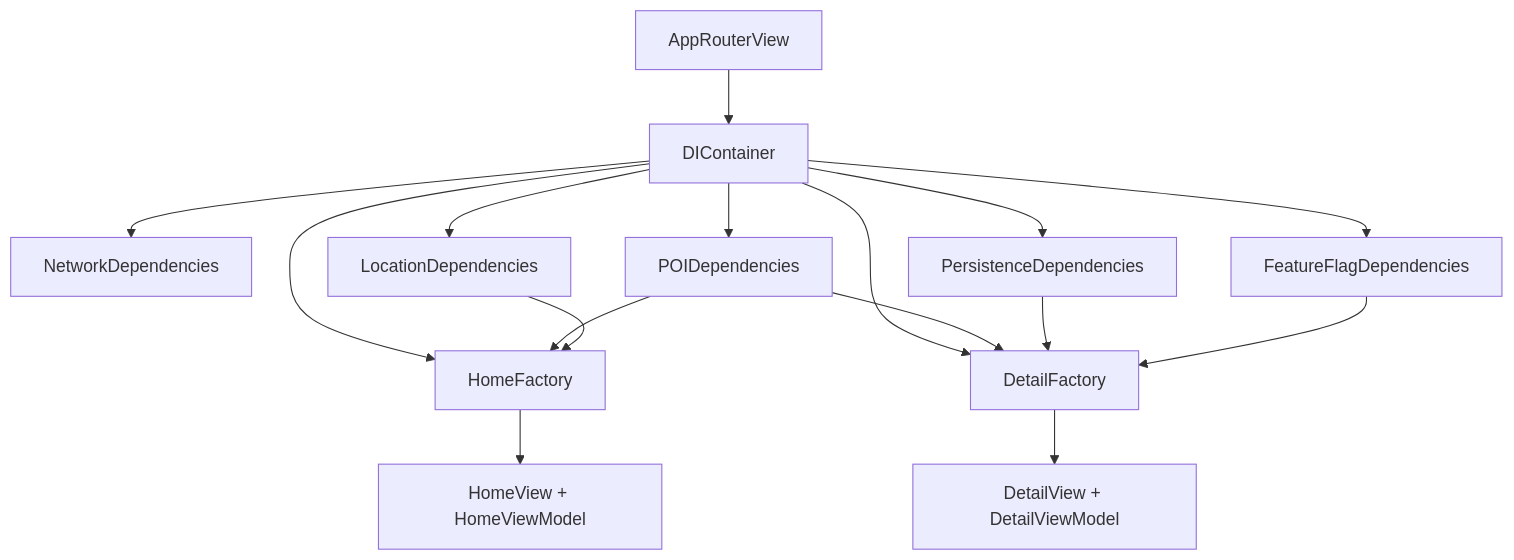
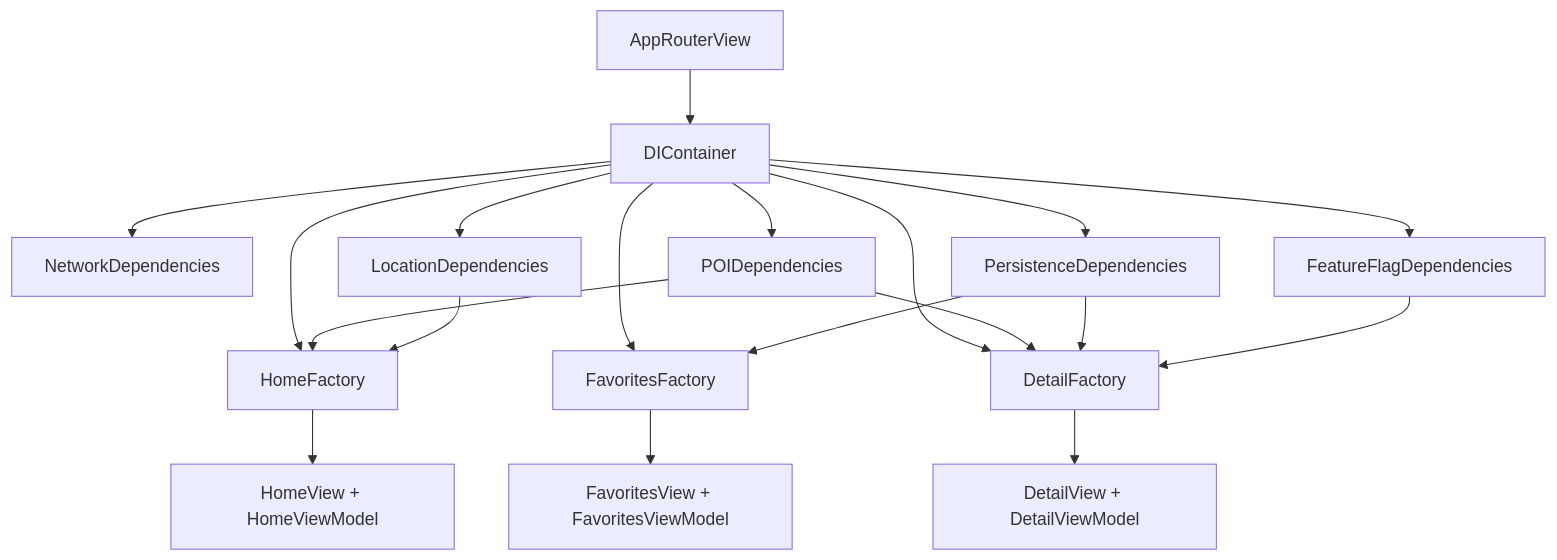
Before and after one commit to luizmellodev/Blueprint: the diagram in Documentation/Content/en/architecture/dependency-injection.md, drawn with Mermaid. The commit also changed other lines of this file and 14 other files, not shown here.

First line of the commit message:
Add Favorites tab flow with DI and tests

````diff
--- a/Documentation/Content/en/architecture/dependency-injection.md
+++ b/Documentation/Content/en/architecture/dependency-injection.md
@@ -62,20 +63,23 @@
 ```mermaid
 flowchart TB
   ARV[AppRouterView]
   C[DIContainer]
   ARV --> C
   C --> HF[HomeFactory]
+  C --> FF[FavoritesFactory]
   C --> DF[DetailFactory]
   C --> N[NetworkDependencies]
   C --> P[POIDependencies]
   C --> L[LocationDependencies]
   C --> PE[PersistenceDependencies]
   C --> F[FeatureFlagDependencies]
   HF --> HV[HomeView + HomeViewModel]
+  FF --> FV[FavoritesView + FavoritesViewModel]
   DF --> DV[DetailView + DetailViewModel]
   P --> HF
   P --> DF
   L --> HF
   PE --> DF
+  PE --> FF
   F --> DF
 ```
````
